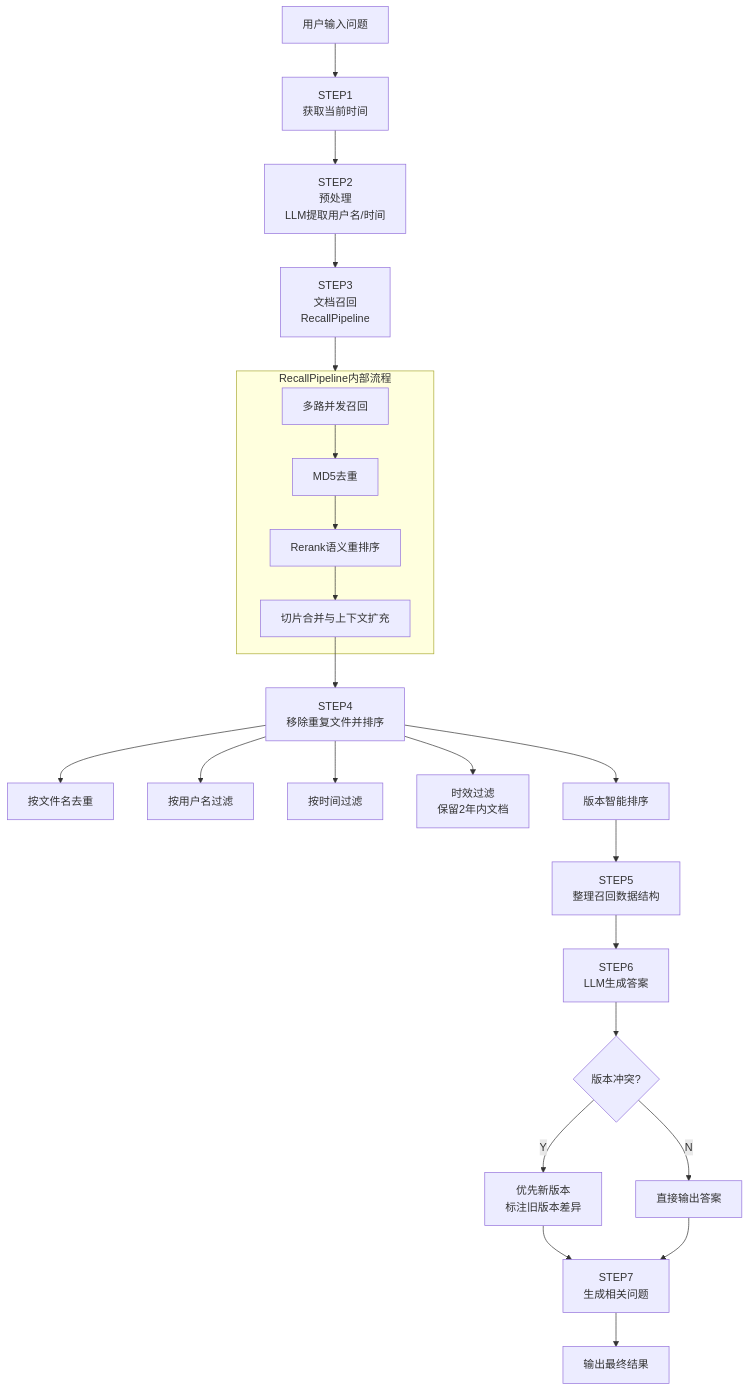
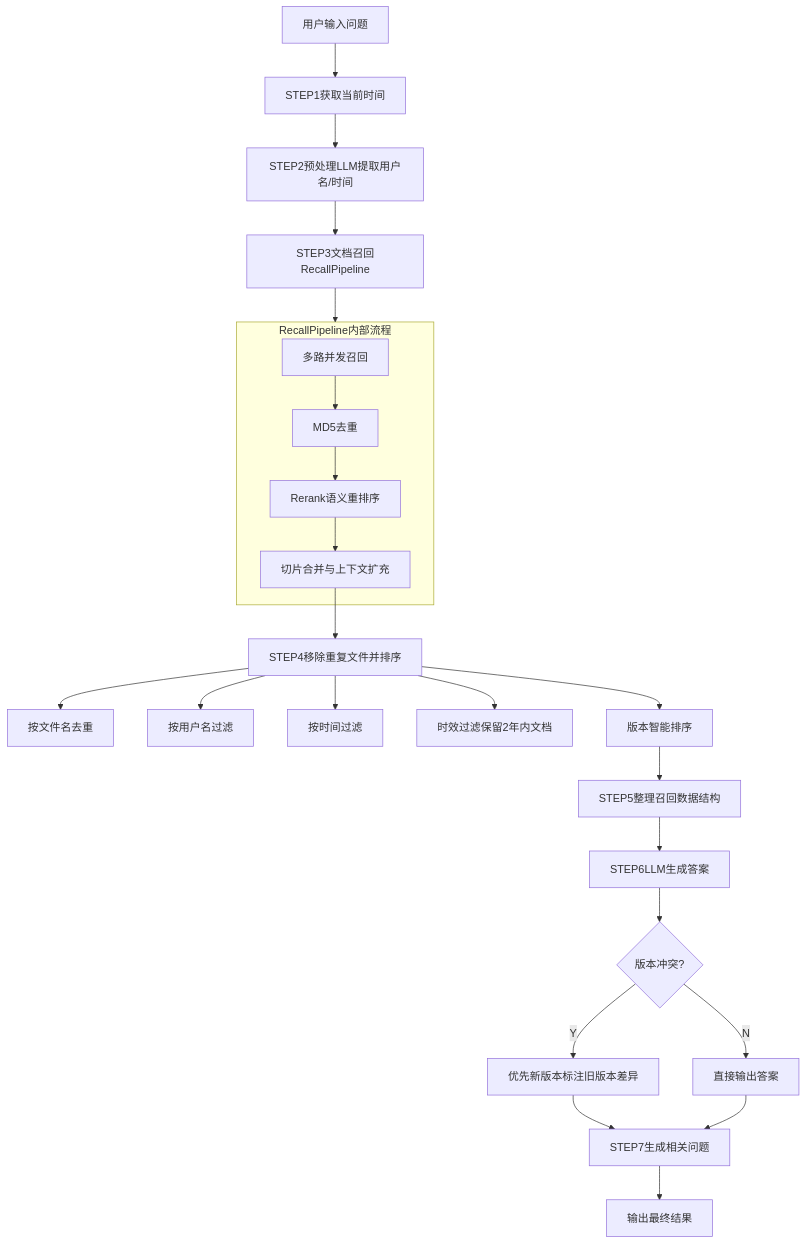
The ninth of 11 diagrams in source/_posts/知识助手技术原理.md (kcenter-ai/kcenter_blog), drawn with Mermaid before and after one commit. The commit also changed other lines of this file, not shown here.

First line of the commit message:
Fix: 修复 Mermaid 图表decision node显示问题

````diff
--- a/source/_posts/知识助手技术原理.md
+++ b/source/_posts/知识助手技术原理.md
@@ -381,29 +381,29 @@
 ```mermaid
 flowchart TB
-    A[用户输入问题] --> B[STEP1<br/>获取当前时间]
-    B --> C[STEP2<br/>预处理<br/>LLM提取用户名/时间]
-    C --> D[STEP3<br/>文档召回<br/>RecallPipeline]
+    A[用户输入问题] --> B[STEP1获取当前时间]
+    B --> C[STEP2预处理LLM提取用户名/时间]
+    C --> D[STEP3文档召回RecallPipeline]
     
     subgraph D1["RecallPipeline内部流程"]
         D2[多路并发召回] --> D3[MD5去重]
         D3 --> D4[Rerank语义重排序]
         D4 --> D5[切片合并与上下文扩充]
     end
     D --> D1
     
-    D5 --> E[STEP4<br/>移除重复文件并排序]
+    D5 --> E[STEP4移除重复文件并排序]
     E --> E1[按文件名去重]
     E --> E2[按用户名过滤]
     E --> E3[按时间过滤]
-    E --> E4[时效过滤<br/>保留2年内文档]
+    E --> E4[时效过滤保留2年内文档]
     E --> E5[版本智能排序]
     
-    E5 --> F[STEP5<br/>整理召回数据结构]
-    F --> G[STEP6<br/>LLM生成答案]
-    G --> H{版本冲突?}
-    H -->|Y| I[优先新版本<br/>标注旧版本差异]
+    E5 --> F[STEP5整理召回数据结构]
+    F --> G[STEP6LLM生成答案]
+    G --> H{"版本冲突?"}
+    H -->|Y| I[优先新版本标注旧版本差异]
     H -->|N| J[直接输出答案]
-    I --> K[STEP7<br/>生成相关问题]
+    I --> K[STEP7生成相关问题]
     J --> K
     K --> L[输出最终结果]
 ```
````
